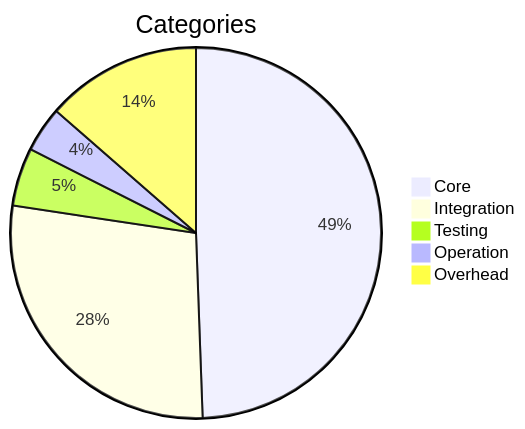
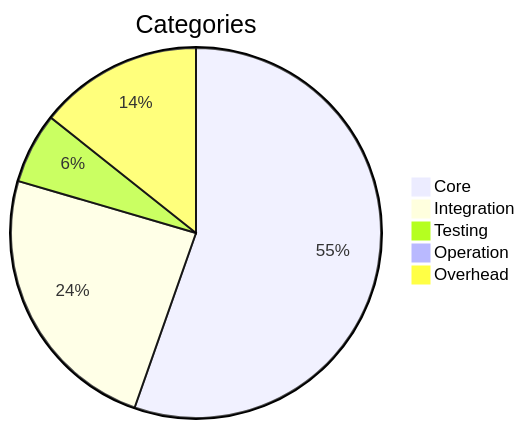
The second of 4 diagrams in financial-reports/2025-03-03-march-2025.md (qubic/qct), drawn with Mermaid before and after one commit. The commit also changed other lines of this file and 2 other files, not shown here.

Commit message:
Update pie graphics for categories Jan, Feb and Mar

````diff
--- a/financial-reports/2025-03-03-march-2025.md
+++ b/financial-reports/2025-03-03-march-2025.md
@@ -32,9 +32,9 @@
  ```mermaid
 pie title Categories
-"Core":49.4262111
-"Integration":27.95186971
-"Testing":5.079605913
-"Operation":3.962287276
-"Overhead":13.580026
+"Core":53.6593998286852
+"Integration":23.394300690397
+"Testing":5.97567061866065
+"Operation":0
+"Overhead":13.8631274718075
 
 ```
````
